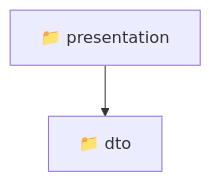
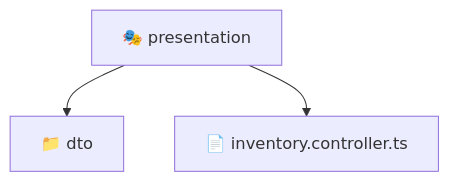
Before and after one commit to beginwebdev2002/fullstack-mavluda: the diagram in backend/src/modules/inventory/presentation/README.md, drawn with Mermaid. The commit also changed other lines of this file and 165 other files, not shown here.

First line of the commit message:
docs: generate localized architectural READMEs

````diff
--- a/backend/src/modules/inventory/presentation/README.md
+++ b/backend/src/modules/inventory/presentation/README.md
@@ -10,5 +9,6 @@
 ```mermaid
 graph TD
-  Root["📁 presentation"]
-  Root --> dto["📁 dto"]
+  presentation["🎭 presentation"]
+  presentation --> dto["📁 dto"]
+  presentation --> inventory_controller_ts["📄 inventory.controller.ts"]
 ```
````
